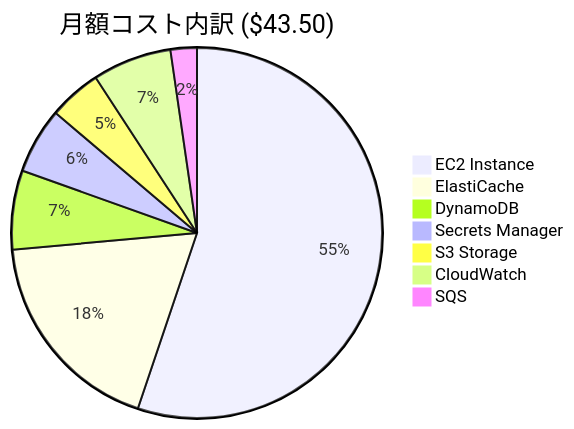
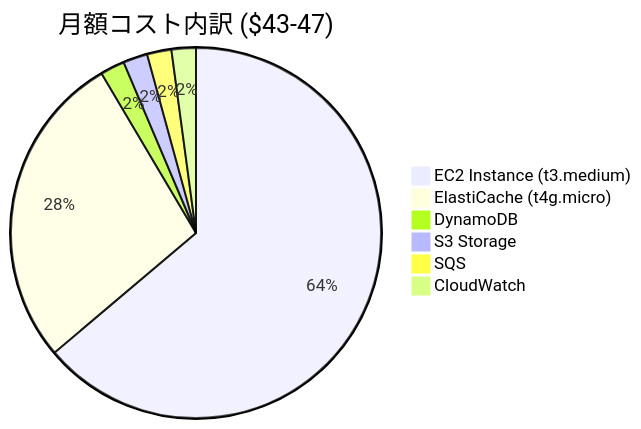
Before and after one commit to Riki-22/axia-tss: the fourth of 4 diagrams in README.md, drawn with Mermaid. The commit also changed other lines of this file and 11 other files, not shown here.

````diff
--- a/README.md
+++ b/README.md
@@ -177,10 +214,9 @@
 ```mermaid
-pie title 月額コスト内訳 ($43.50)
-    "EC2 Instance" : 24.00
-    "ElastiCache" : 8.00
-    "DynamoDB" : 3.00
-    "Secrets Manager" : 2.50
-    "S3 Storage" : 2.00
-    "CloudWatch" : 3.00
-    "SQS" : 1.00
+pie title 月額コスト内訳 ($43-47)
+    "EC2 Instance (t3.medium)" : 30
+    "ElastiCache (t4g.micro)" : 13
+    "DynamoDB" : 1
+    "S3 Storage" : 1
+    "SQS" : 1
+    "CloudWatch" : 1
 ```
````
